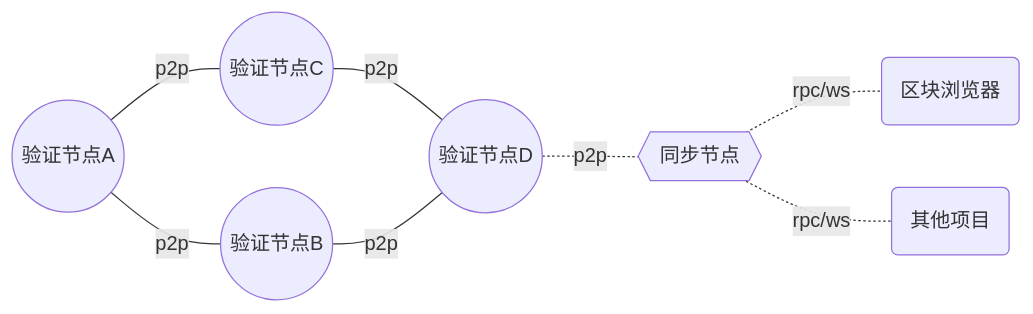
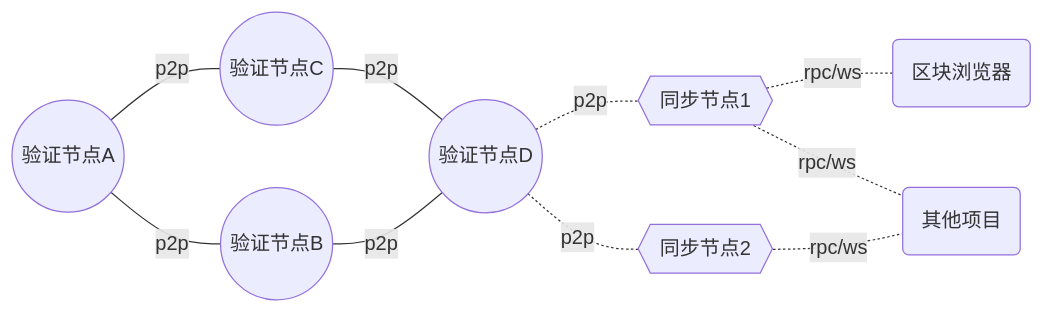
One commit to qiyichain/dev-docs changed the diagram in 6.服务器成本.md. Above: the diagram before and after it, drawn with Mermaid. The commit also changed other lines of this file, not shown here.

````diff
--- a/6.服务器成本.md
+++ b/6.服务器成本.md
@@ -8,16 +8,16 @@
 ```mermaid
 
 graph LR
 
 A((验证节点A))--p2p---B((验证节点B))
 C((验证节点C))--p2p---D((验证节点D))
 A--p2p---C
 B--p2p---D
 
-D-.p2p.-E{{同步节点}}
+D-.p2p.-E{{同步节点1}}
+D-.p2p.-H{{同步节点2}}
 
 E-.rpc/ws.--G(区块浏览器)
 E-.rpc/ws.--F(其他项目)
-
-
+H-.rpc/ws.--F(其他项目)
 ```
````
